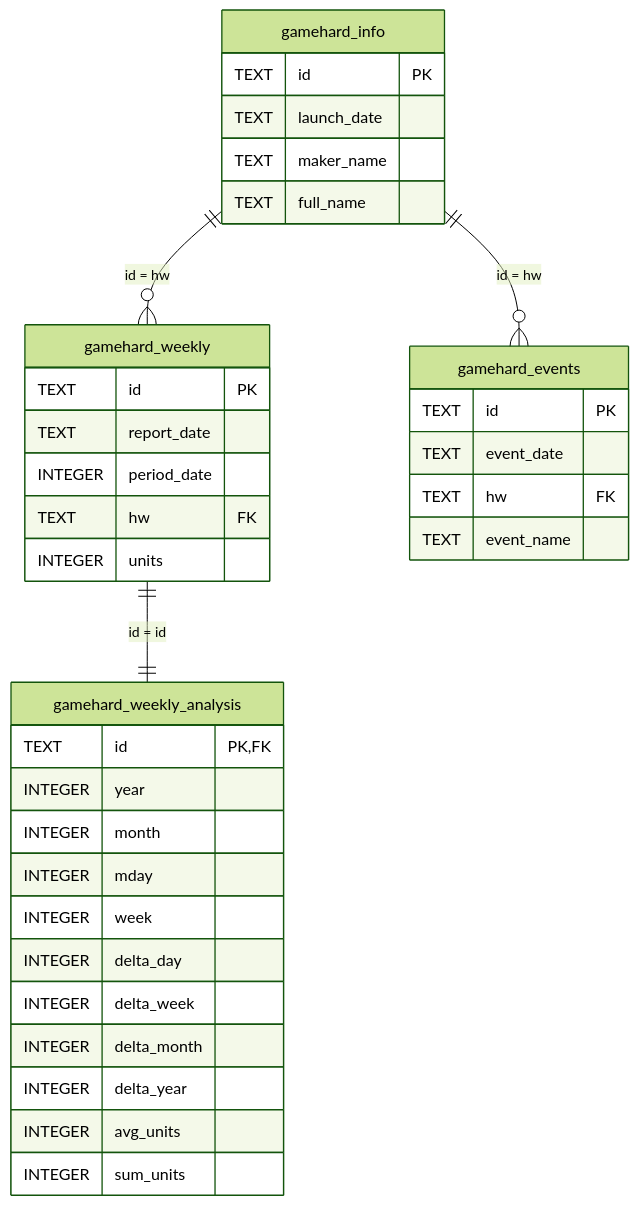
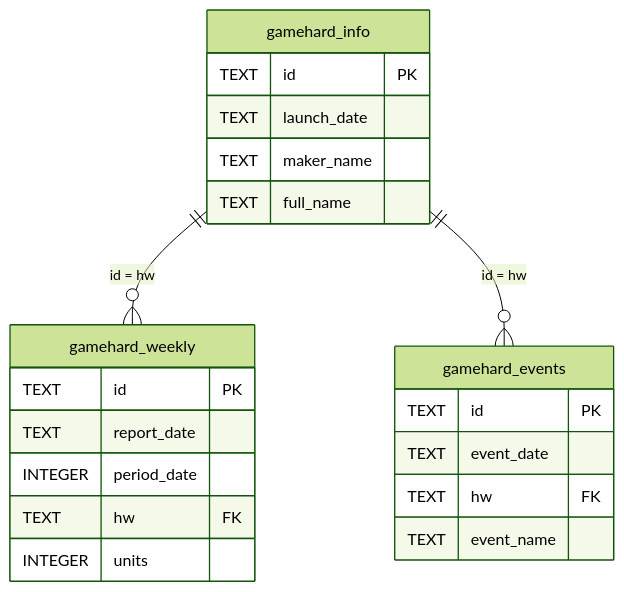
Before and after one commit to hidenden/gamedata: the diagram in database/README.md, drawn with Mermaid (forest theme). The commit also changed other lines of this file and 66 other files, not shown here.

````diff
--- a/database/README.md
+++ b/database/README.md
@@ -240,39 +181,25 @@
 ```mermaid
 erDiagram
     gamehard_info ||--o{ gamehard_weekly : "id = hw"
     gamehard_info ||--o{ gamehard_events : "id = hw"
-    gamehard_weekly ||--|| gamehard_weekly_analysis : "id = id"
 
     gamehard_info {
         TEXT id PK
         TEXT launch_date
         TEXT maker_name
         TEXT full_name
     }
     gamehard_weekly {
         TEXT id PK
         TEXT report_date
         INTEGER period_date
         TEXT hw FK
         INTEGER units
     }
     gamehard_events {
         TEXT id PK
         TEXT event_date
         TEXT hw FK
         TEXT event_name
     }
-    gamehard_weekly_analysis {
-        TEXT id PK, FK
-        INTEGER year
-        INTEGER month
-        INTEGER mday
-        INTEGER week
-        INTEGER delta_day
-        INTEGER delta_week
-        INTEGER delta_month
-        INTEGER delta_year
-        INTEGER avg_units
-        INTEGER sum_units
-    }
 ```
````
